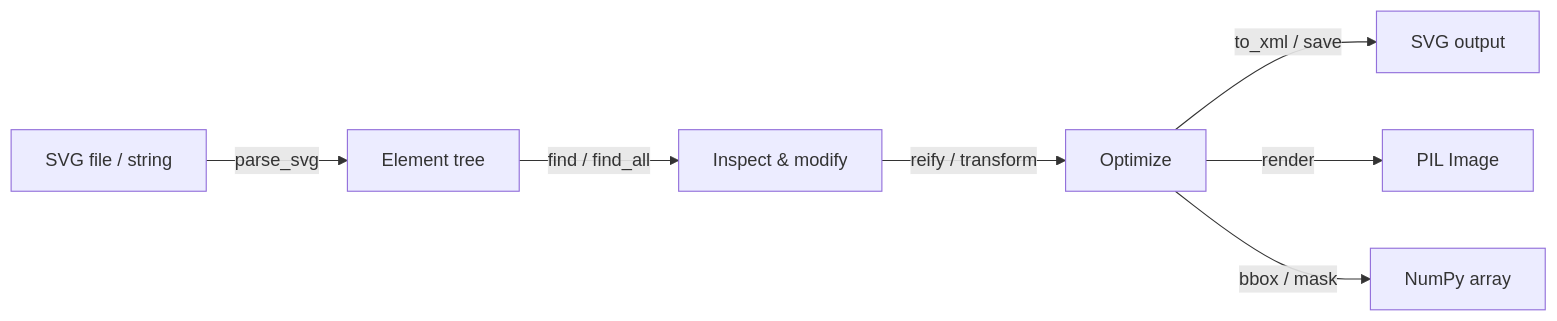
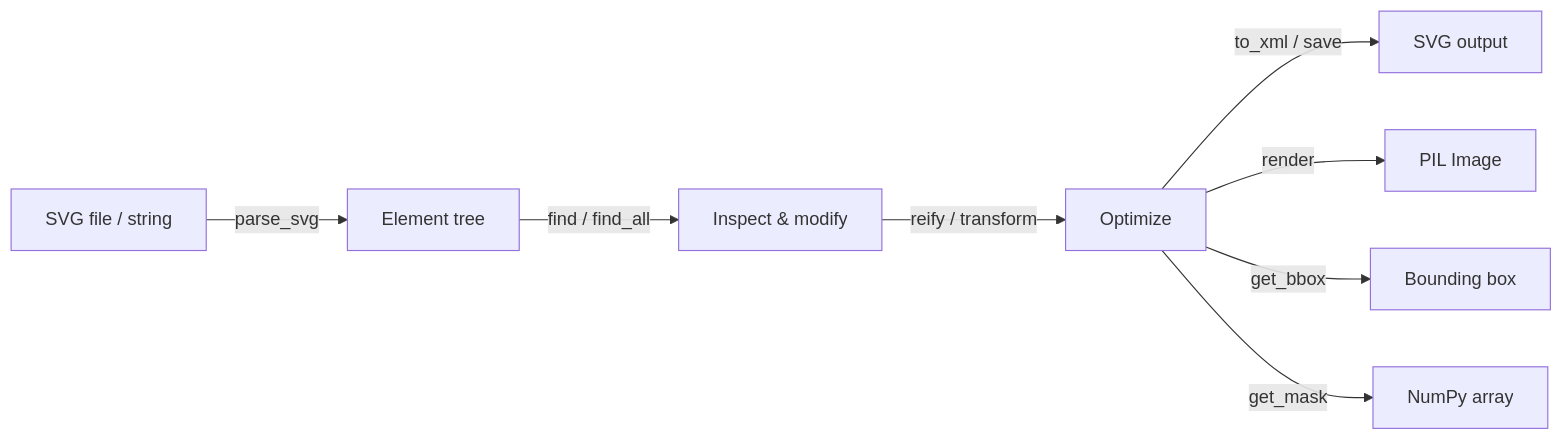
One commit to reznakt/svglab changed the diagram in docs/overview.md. Above: the diagram before and after it, drawn with Mermaid. The commit also changed other lines of this file and 31 other files, not shown here.

````diff
--- a/docs/overview.md
+++ b/docs/overview.md
@@ -68,9 +84,10 @@
 ```mermaid
 graph LR
     A["SVG file / string"] -->|parse_svg| B["Element tree"]
     B -->|find / find_all| C["Inspect & modify"]
     C -->|reify / transform| D["Optimize"]
     D -->|to_xml / save| E["SVG output"]
     D -->|render| F["PIL Image"]
-    D -->|bbox / mask| G["NumPy array"]
+    D -->|get_bbox| G["Bounding box"]
+    D -->|get_mask| H["NumPy array"]
 ```
````
